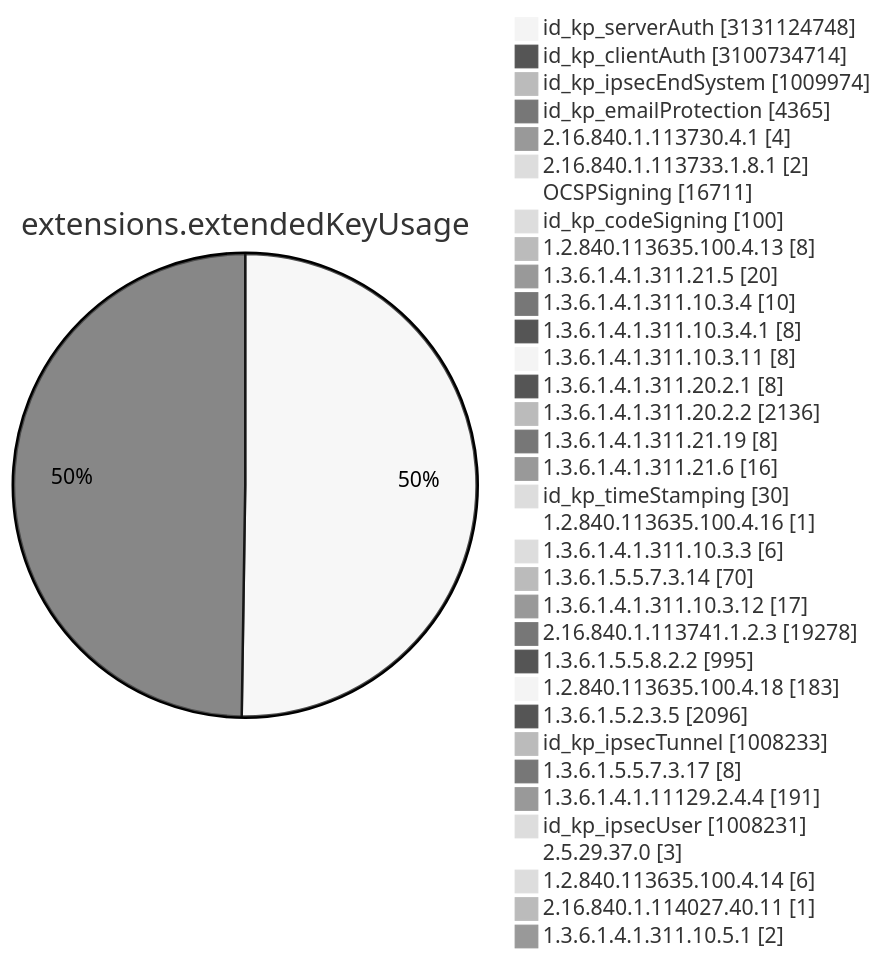
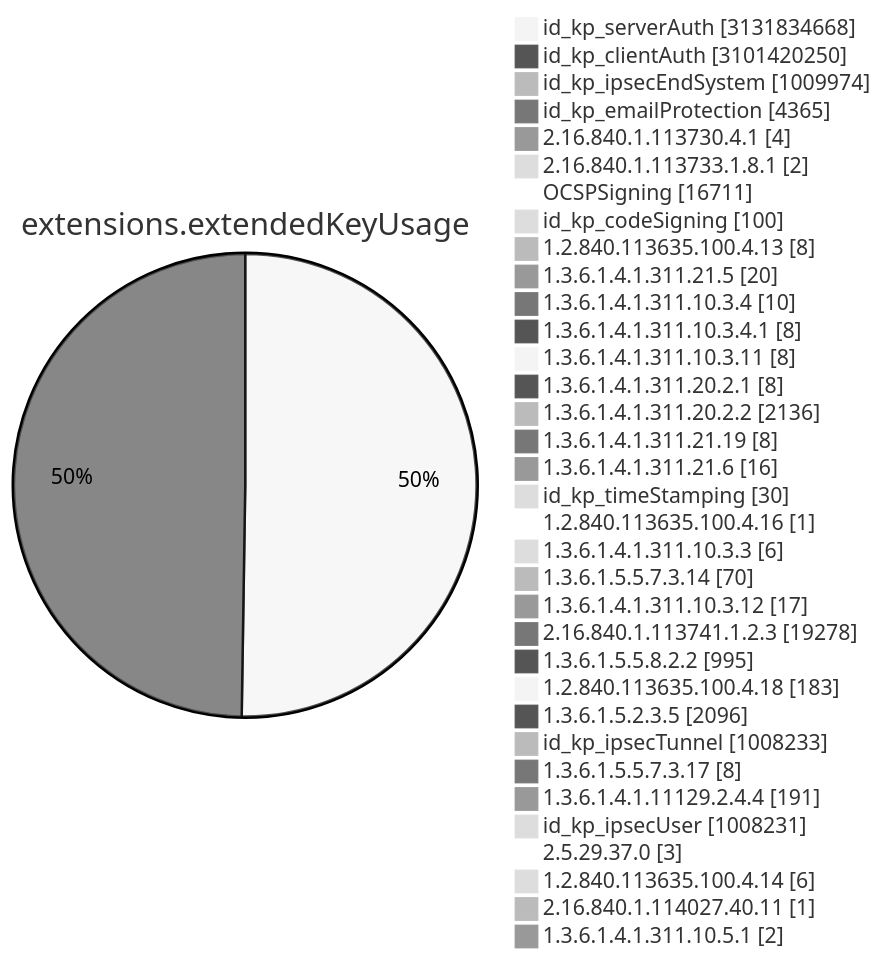
One commit to christiankrug/ctmonitor_visualization changed diagram 11 of 15 in TOTAL/README.md. Above: the diagram before and after it, drawn with Mermaid (neutral theme). The commit also changed other lines of this file, not shown here.

````diff
--- a/TOTAL/README.md
+++ b/TOTAL/README.md
@@ -4117,38 +4117,38 @@
 ```mermaid
 pie showData
 title extensions.extendedKeyUsage
-"id_kp_serverAuth" :3131124748
-"id_kp_clientAuth" :3100734714
+"id_kp_serverAuth" :3131834668
+"id_kp_clientAuth" :3101420250
 "id_kp_ipsecEndSystem" :1009974
 "id_kp_emailProtection" :4365
 "2.16.840.1.113730.4.1" :4
 "2.16.840.1.113733.1.8.1" :2
 "OCSPSigning" :16711
 "id_kp_codeSigning" :100
 "1.2.840.113635.100.4.13" :8
 "1.3.6.1.4.1.311.21.5" :20
 "1.3.6.1.4.1.311.10.3.4" :10
 "1.3.6.1.4.1.311.10.3.4.1" :8
 "1.3.6.1.4.1.311.10.3.11" :8
 "1.3.6.1.4.1.311.20.2.1" :8
 "1.3.6.1.4.1.311.20.2.2" :2136
 "1.3.6.1.4.1.311.21.19" :8
 "1.3.6.1.4.1.311.21.6" :16
 "id_kp_timeStamping" :30
 "1.2.840.113635.100.4.16" :1
 "1.3.6.1.4.1.311.10.3.3" :6
 "1.3.6.1.5.5.7.3.14" :70
 "1.3.6.1.4.1.311.10.3.12" :17
 "2.16.840.1.113741.1.2.3" :19278
 "1.3.6.1.5.5.8.2.2" :995
 "1.2.840.113635.100.4.18" :183
 "1.3.6.1.5.2.3.5" :2096
 "id_kp_ipsecTunnel" :1008233
 "1.3.6.1.5.5.7.3.17" :8
 "1.3.6.1.4.1.11129.2.4.4" :191
 "id_kp_ipsecUser" :1008231
 "2.5.29.37.0" :3
 "1.2.840.113635.100.4.14" :6
 "2.16.840.1.114027.40.11" :1
 "1.3.6.1.4.1.311.10.5.1" :2
 ```
````
